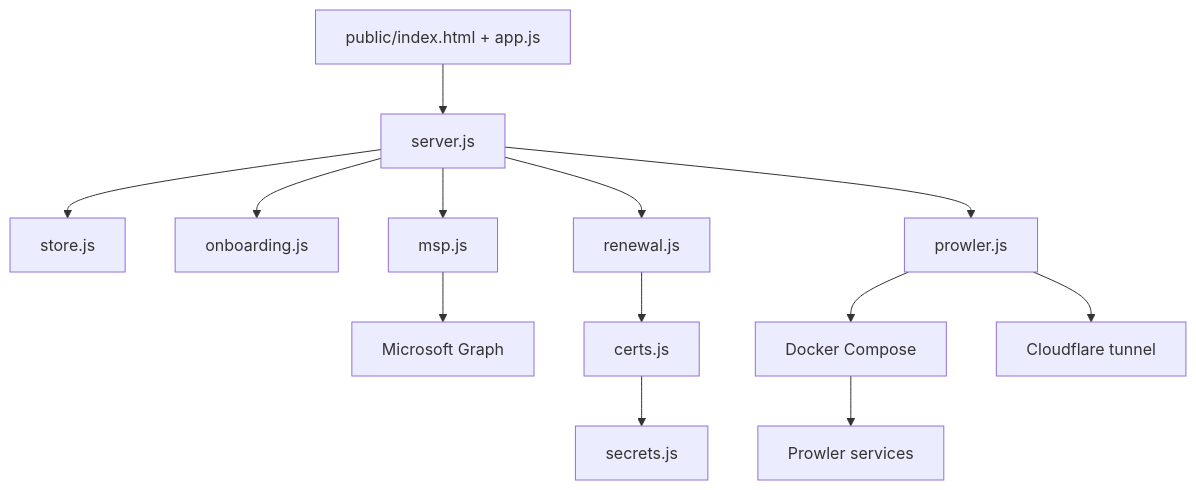
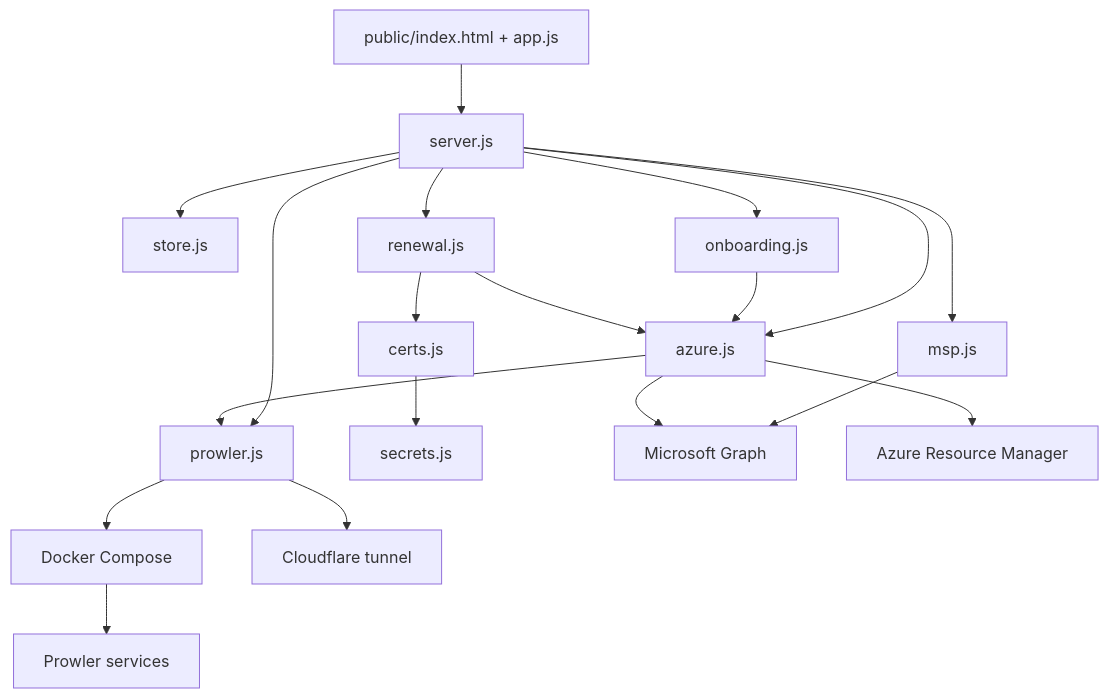
Before and after one commit to lotrasoft/prowler-manage: the diagram in diagrams/component.mmd, drawn with Mermaid. The commit also changed 14 other files, not shown here.

```diff
--- a/diagrams/component.mmd
+++ b/diagrams/component.mmd
@@ -1,13 +1,19 @@
 flowchart TD
     A[public/index.html + app.js] --> B[server.js]
     B --> C[store.js]
     B --> D[onboarding.js]
     B --> E[msp.js]
     B --> F[renewal.js]
     B --> G[prowler.js]
     G --> H[Docker Compose]
     F --> I[certs.js]
     I --> J[secrets.js]
     E --> K[Microsoft Graph]
+    B --> N[azure.js]
+    D --> N
+    F --> N
+    N --> O[Azure Resource Manager]
+    N --> K
+    N --> G
     G --> L[Cloudflare tunnel]
     H --> M[Prowler services]
```
